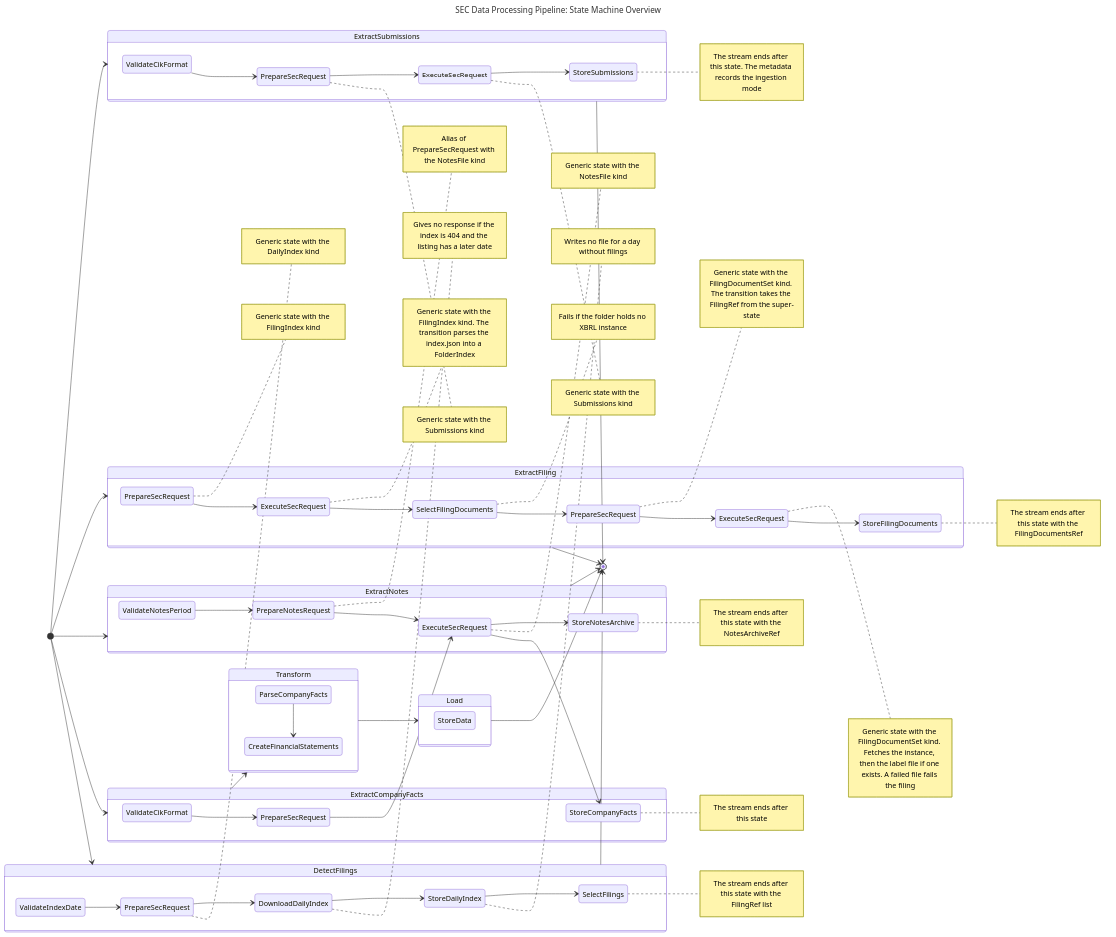
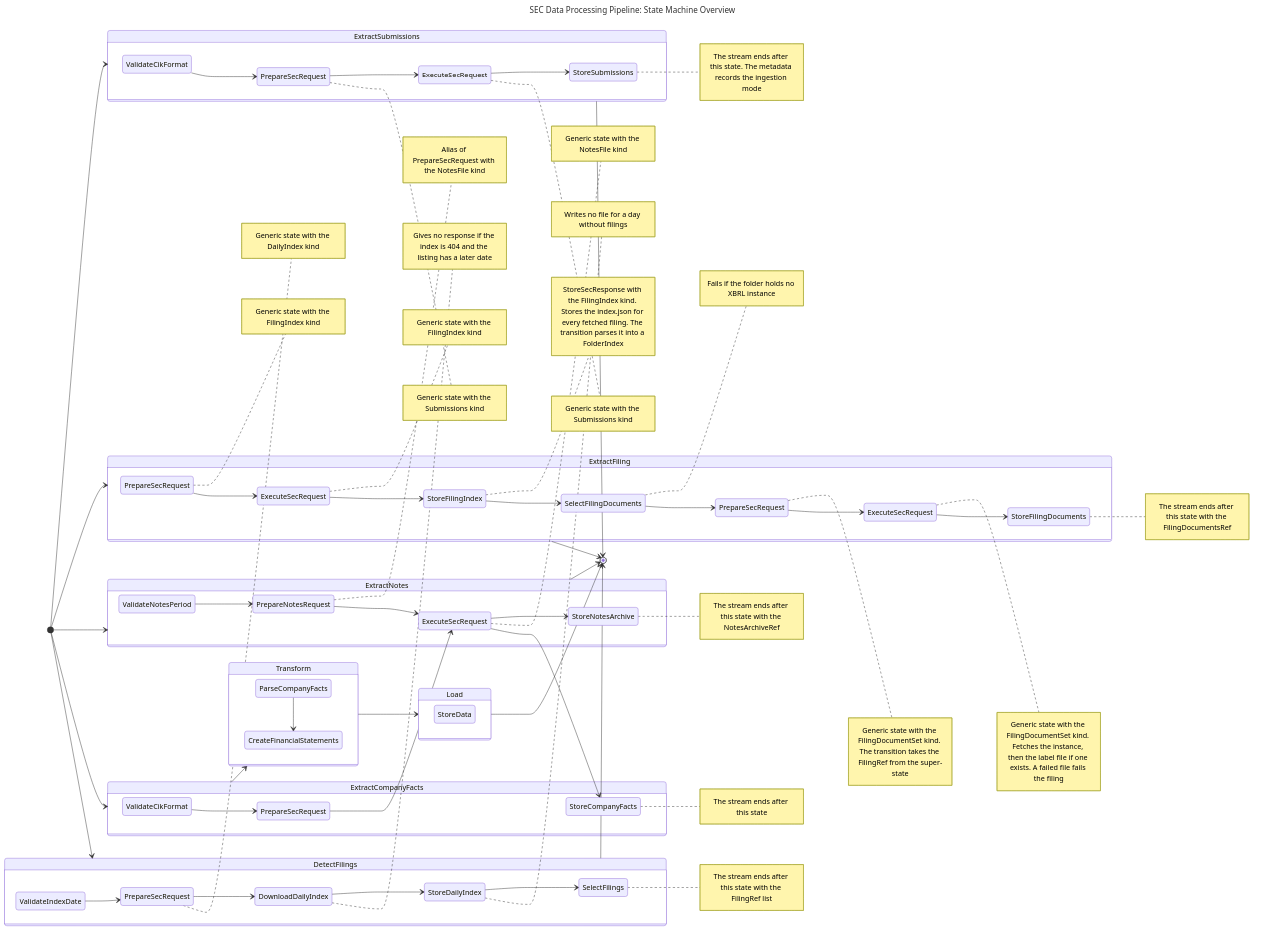
Before and after one commit to ironcapitaleu/arkad: the diagram in sec/design/state_diagram/sec_state_machine.md, drawn with Mermaid. The commit also changed 17 other files, not shown here.

First line of the commit message:
feat(sec)!: store the folder index of each filing before the selection (#393)

```diff
--- a/sec/design/state_diagram/sec_state_machine.md
+++ b/sec/design/state_diagram/sec_state_machine.md
@@ -55,8 +55,10 @@
         state "ExecuteSecRequest" as ExecuteFilingDocumentsRequest
         PrepareFilingIndexRequest --> ExecuteFilingIndexRequest
         note right of PrepareFilingIndexRequest : Generic state with the FilingIndex kind
-        ExecuteFilingIndexRequest --> SelectFilingDocuments
-        note right of ExecuteFilingIndexRequest : Generic state with the FilingIndex kind. The transition parses the index.json into a FolderIndex
+        ExecuteFilingIndexRequest --> StoreFilingIndex
+        note right of ExecuteFilingIndexRequest : Generic state with the FilingIndex kind
+        StoreFilingIndex --> SelectFilingDocuments
+        note right of StoreFilingIndex : StoreSecResponse with the FilingIndex kind. Stores the index.json for every fetched filing. The transition parses it into a FolderIndex
         SelectFilingDocuments --> PrepareFilingDocumentsRequest
         note right of SelectFilingDocuments : Fails if the folder holds no XBRL instance
         PrepareFilingDocumentsRequest --> ExecuteFilingDocumentsRequest
```
